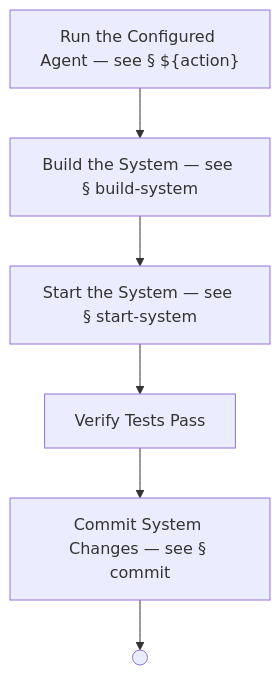
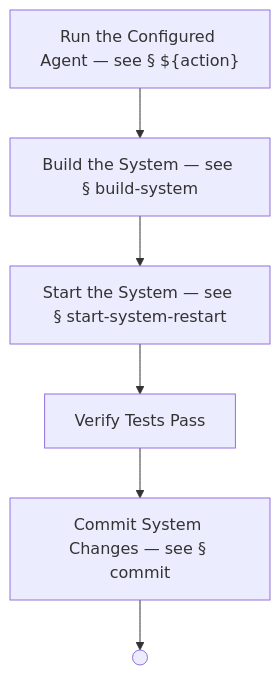
Diagram 20 of 54 in docs/process-diagram.md (optivem/gh-optivem), drawn with Mermaid before and after one commit. The commit also changed other lines of this file and 6 other files, not shown here.

Commit message:
atdd: regenerate process-flow diagram

````diff
--- a/docs/process-diagram.md
+++ b/docs/process-diagram.md
@@ -394,15 +394,15 @@
 ```mermaid
 flowchart TD
     BUILD_SYSTEM[Build the System — see § build-system]
     COMMIT_SYSTEM[Commit System Changes — see § commit]
     IMPL_AND_VERIFY_SYSTEM_END(( ))
     RUN_ACTION["Run the Configured Agent — see § ${action}"]
-    START_SYSTEM[Start the System — see § start-system]
+    START_SYSTEM[Start the System — see § start-system-restart]
     VERIFY_TESTS_PASS[Verify Tests Pass]
 
     RUN_ACTION --> BUILD_SYSTEM
     BUILD_SYSTEM --> START_SYSTEM
     START_SYSTEM --> VERIFY_TESTS_PASS
     VERIFY_TESTS_PASS --> COMMIT_SYSTEM
     COMMIT_SYSTEM --> IMPL_AND_VERIFY_SYSTEM_END
 ```
````
